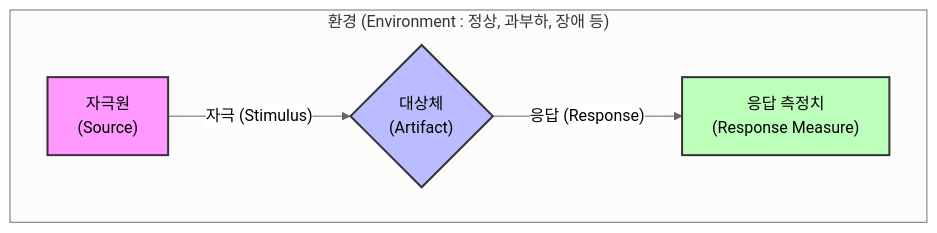
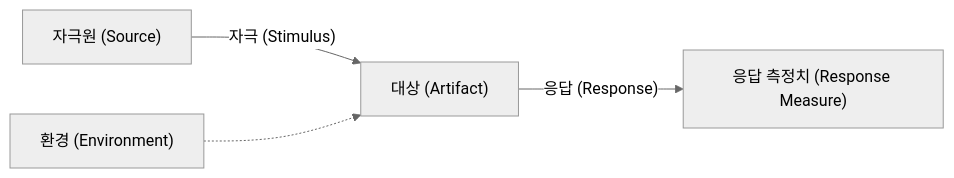
Before and after one commit to supremethumb/supremethumb.github.io: the diagram in content/01_IT Tech/소프트웨어 품질 속성 시나리오.md, drawn with Mermaid (neutral theme). The commit also changed other lines of this file and 1087 other files, not shown here.

````diff
--- a/content/01_IT Tech/소프트웨어 품질 속성 시나리오.md
+++ b/content/01_IT Tech/소프트웨어 품질 속성 시나리오.md
@@ -22,13 +35,6 @@
 ```mermaid
 flowchart LR
-    subgraph 환경 ["환경 (Environment : 정상, 과부하, 장애 등)"]
-        direction LR
-        A["자극원<br/>(Source)"] -- "자극 (Stimulus)" --> B{"대상체<br/>(Artifact)"}
-        B -- "응답 (Response)" --> C["응답 측정치<br/>(Response Measure)"]
-    end
-    
-    style A fill:#f9f,stroke:#333,stroke-width:2px
-    style B fill:#bbf,stroke:#333,stroke-width:2px
-    style C fill:#bfb,stroke:#333,stroke-width:2px
-
+    SRC["자극원 (Source)"] -- "자극 (Stimulus)" --> ART["대상 (Artifact)"]
+    ENV["환경 (Environment)"] -.-> ART
+    ART -- "응답 (Response)" --> RM["응답 측정치 (Response Measure)"]
 ```
````
